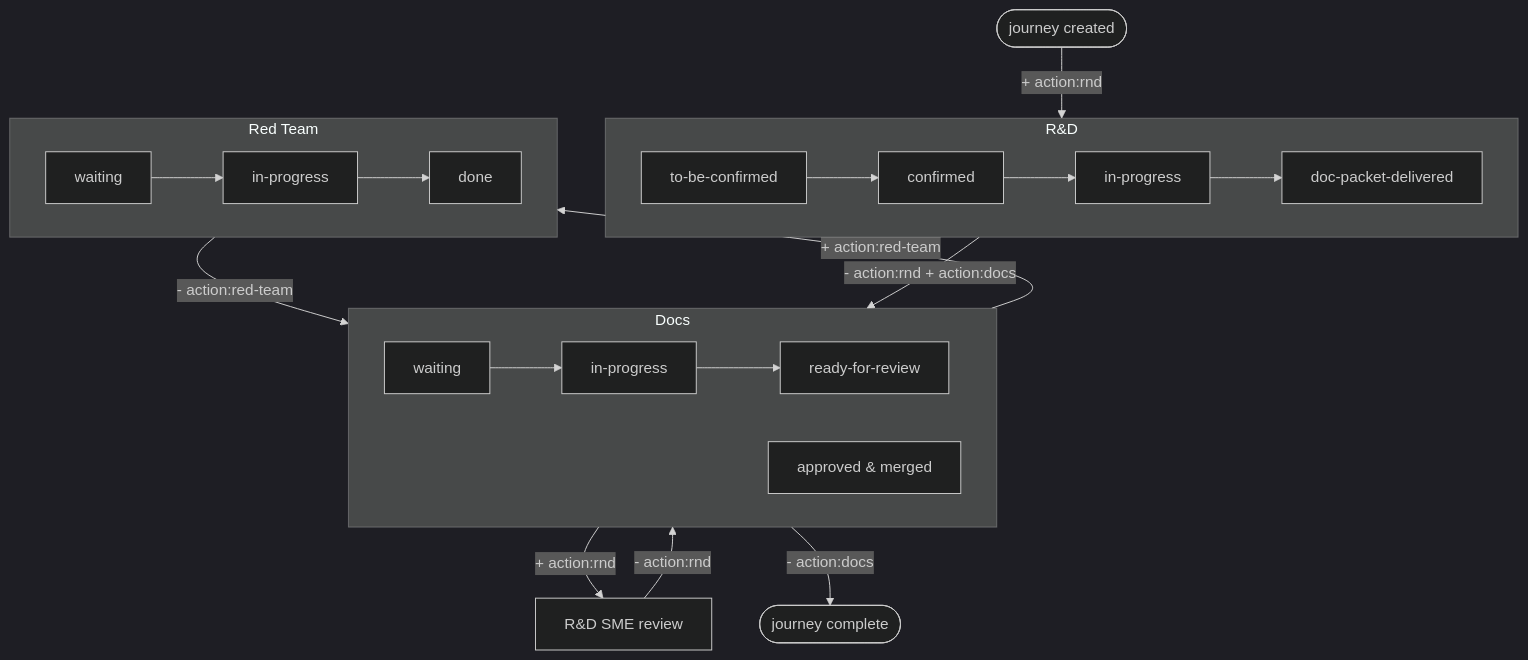
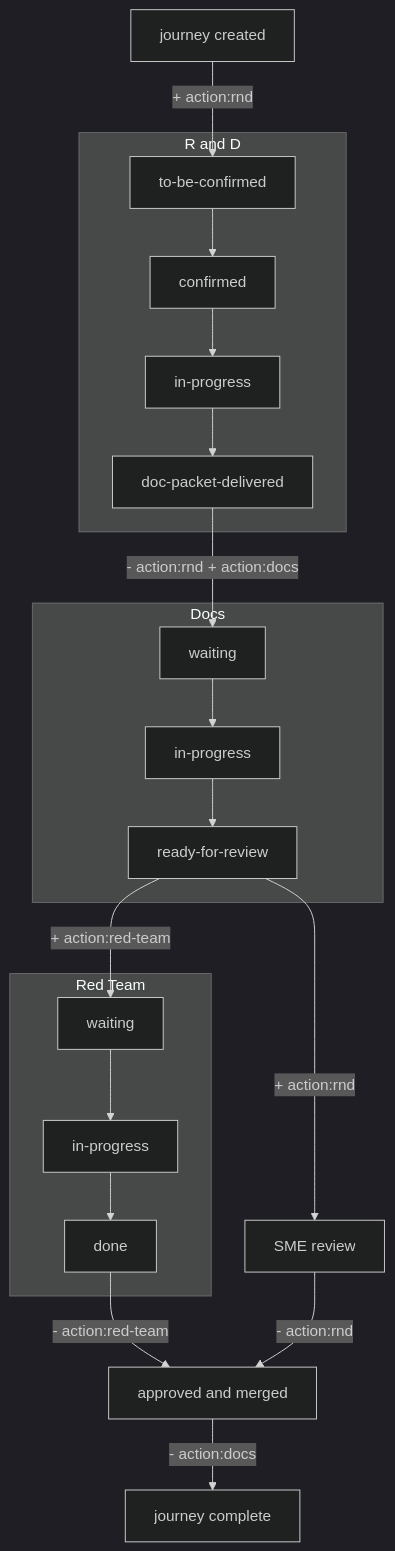
One commit to logos-co/journeys changed the diagram in README.md. Above: the diagram before and after it, drawn with Mermaid (dark theme). The commit also changed 1 other file, not shown here.

Commit message:
Fix mermaid: use render() API, simplify diagram, add debug logging
- Switch from mermaid.run() to mermaid.render() per-diagram for more
  reliable rendering in mermaid v10
- Simplify README diagram: remove all & chars, quote hyphenated labels,
  move d4 node outside DOCS subgraph, drop direction LR
- Add console.log for debugging input text and errors

````diff
--- a/README.md
+++ b/README.md
@@ -27,28 +27,26 @@
 ```mermaid
 flowchart TD
-    start([journey created]) -->|"+ action:rnd"| r1
+    start[journey created] -->|"+ action:rnd"| r1
 
-    subgraph RND["R&D"]
-        direction LR
-        r1[to-be-confirmed] --> r2[confirmed] --> r3[in-progress] --> r4[doc-packet-delivered]
+    subgraph RND[R and D]
+        r1["to-be-confirmed"] --> r2[confirmed] --> r3["in-progress"] --> r4["doc-packet-delivered"]
     end
 
-    r4 -->|"- action:rnd  + action:docs"| d1
+    r4 -->|"- action:rnd + action:docs"| d1
 
-    subgraph DOCS["Docs"]
-        direction LR
-        d1[waiting] --> d2[in-progress] --> d3[ready-for-review]
-        d4["approved & merged"]
+    subgraph DOCS[Docs]
+        d1[waiting] --> d2["in-progress"] --> d3["ready-for-review"]
     end
 
-    subgraph RT["Red Team"]
-        direction LR
-        t1[waiting] --> t2[in-progress] --> t3[done]
+    d4[approved and merged]
+
+    subgraph RT[Red Team]
+        t1[waiting] --> t2["in-progress"] --> t3[done]
     end
 
     d3 -->|"+ action:red-team"| t1
-    d3 -->|"+ action:rnd"| sme["R&D SME review"]
+    d3 -->|"+ action:rnd"| sme[SME review]
     t3 -->|"- action:red-team"| d4
     sme -->|"- action:rnd"| d4
-    d4 -->|"- action:docs"| fin([journey complete])
+    d4 -->|"- action:docs"| fin[journey complete]
 ```
````
